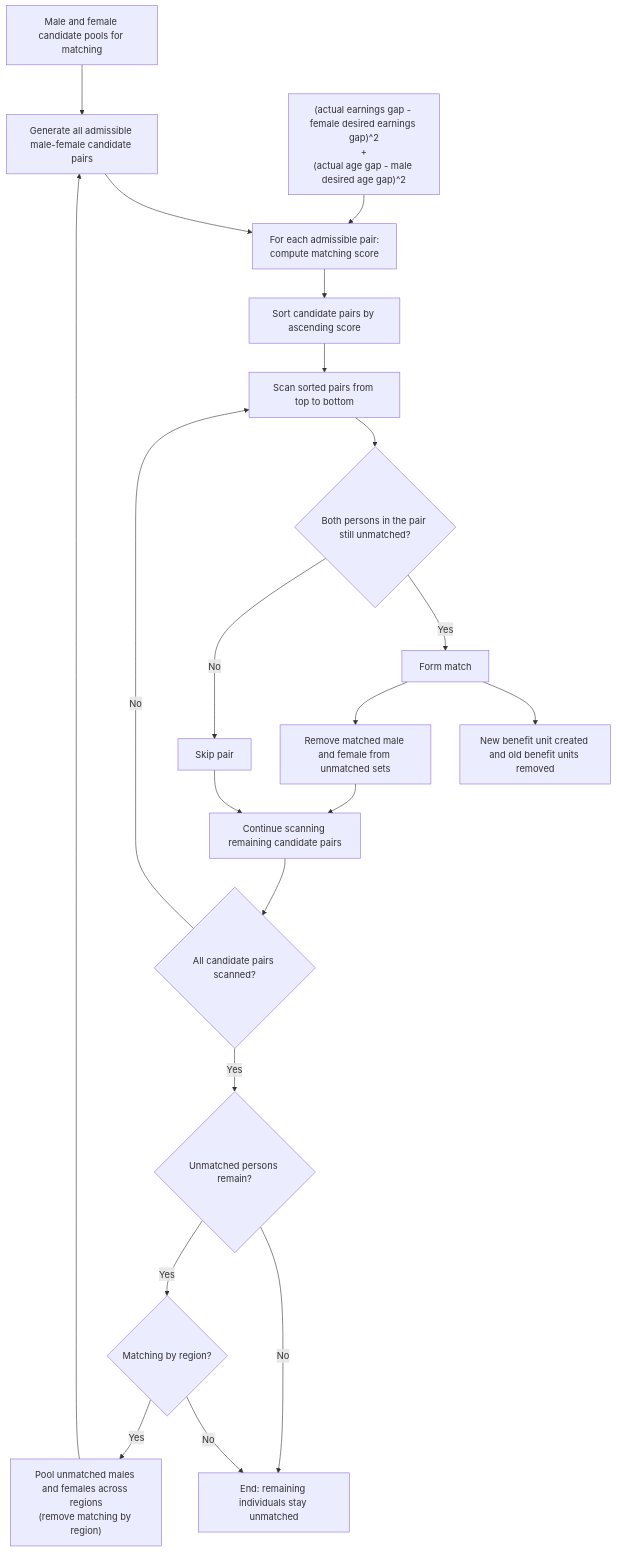
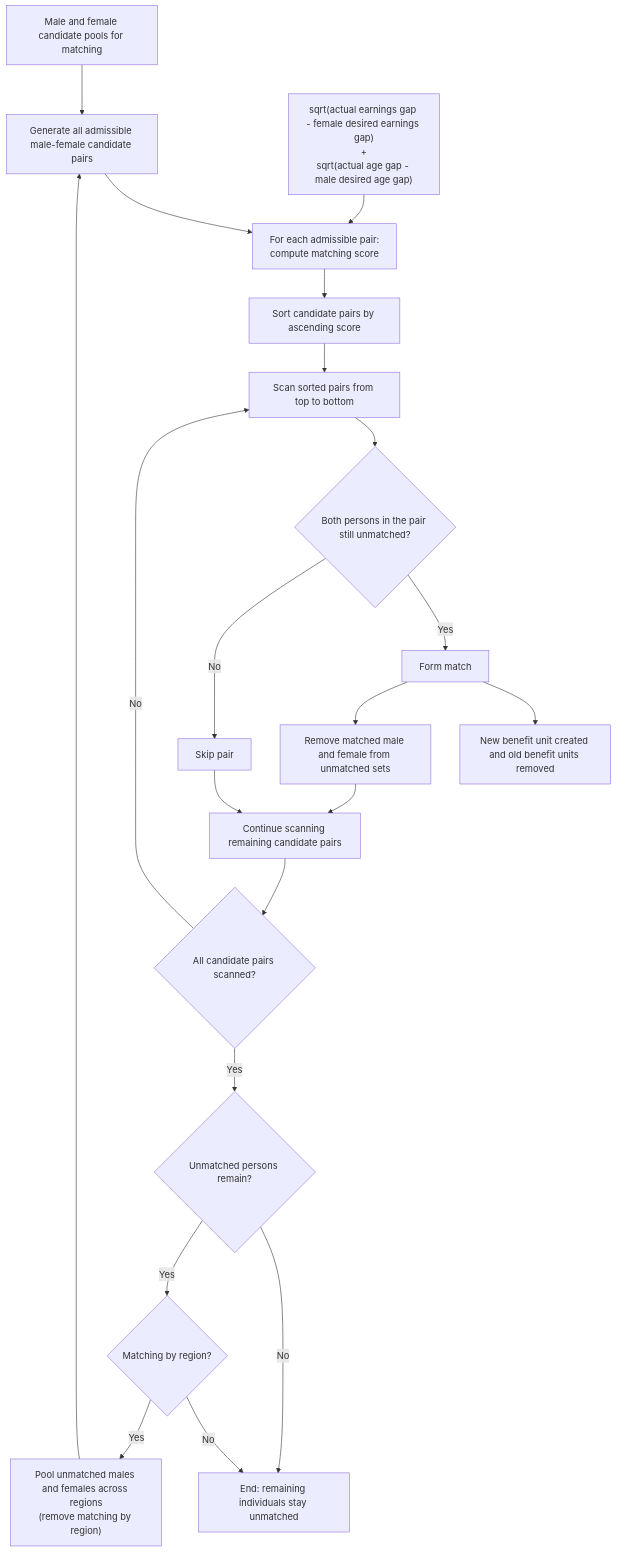
Before and after one commit to centreformicrosimulation/SimPaths: the diagram in documentation/flowcharts/modules/union_matching.md, drawn with Mermaid. The commit also changed other lines of this file and 6 other files, not shown here.

````diff
--- a/documentation/flowcharts/modules/union_matching.md
+++ b/documentation/flowcharts/modules/union_matching.md
@@ -13,28 +13,28 @@
 ```mermaid
 flowchart TD
     A["Male and female candidate pools for matching"] --> B["Generate all admissible male-female candidate pairs"]
     J["Pool unmatched males and females across regions<br/>(remove matching by region)"] --> B
 
     B --> C["For each admissible pair:<br/>compute matching score"]
-    S["(actual earnings gap - female desired earnings gap)^2<br/>+<br/>(actual age gap - male desired age gap)^2"] --> C
+    S["sqrt(actual earnings gap - female desired earnings gap)<br/>+<br/>sqrt(actual age gap - male desired age gap)"] --> C
 
     C --> D["Sort candidate pairs by ascending score"]
     D --> E["Scan sorted pairs from top to bottom"]
     E --> F{"Both persons in the pair still unmatched?"}
 
     F -- Yes --> G["Form match"]
     G --> H["New benefit unit created and old benefit units removed"]
     G --> I["Remove matched male and female from unmatched sets"]
     I --> K["Continue scanning remaining candidate pairs"]
 
     F -- No --> L["Skip pair"]
     L --> K
 
     K --> M{"All candidate pairs scanned?"}
     M -- No --> E
     M -- Yes --> N{"Unmatched persons remain?"}
     N -- No --> O["End: remaining individuals stay unmatched"]
     N -- Yes --> P{"Matching by region?"}
     P -- No --> O
     P -- Yes --> J
 ```
````
